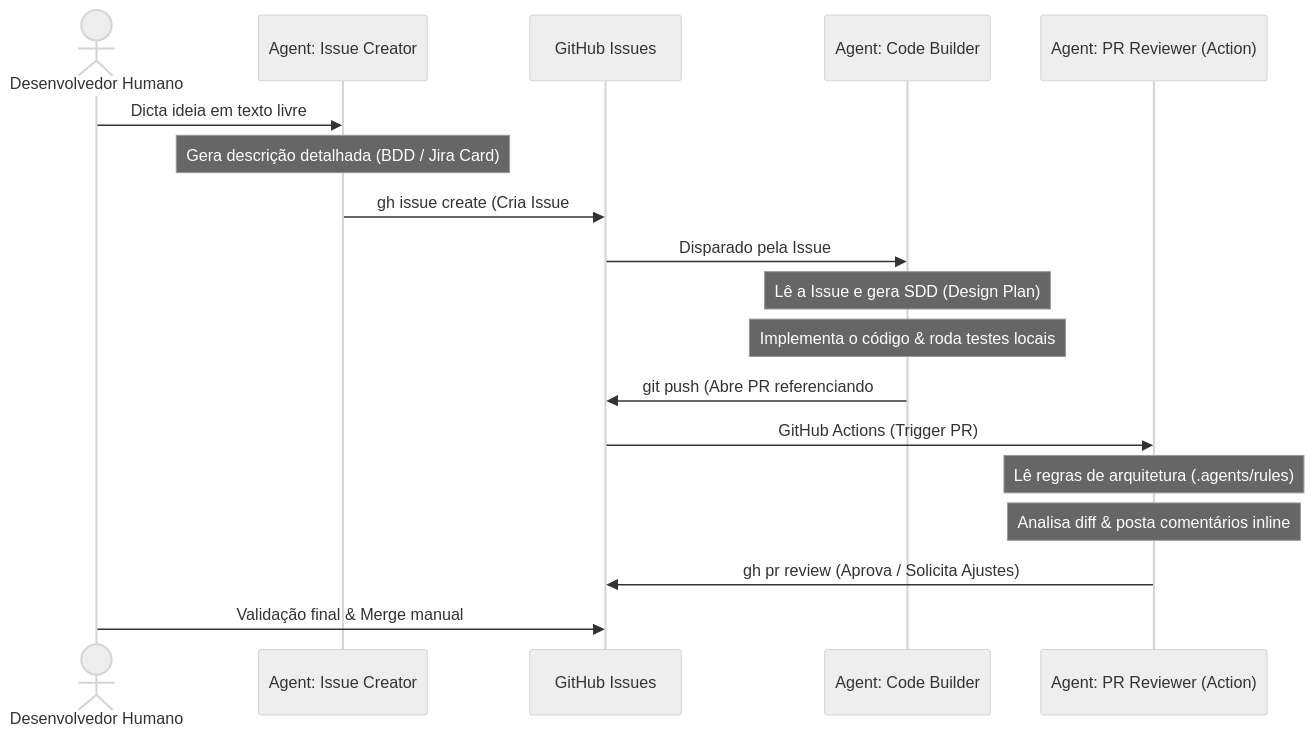
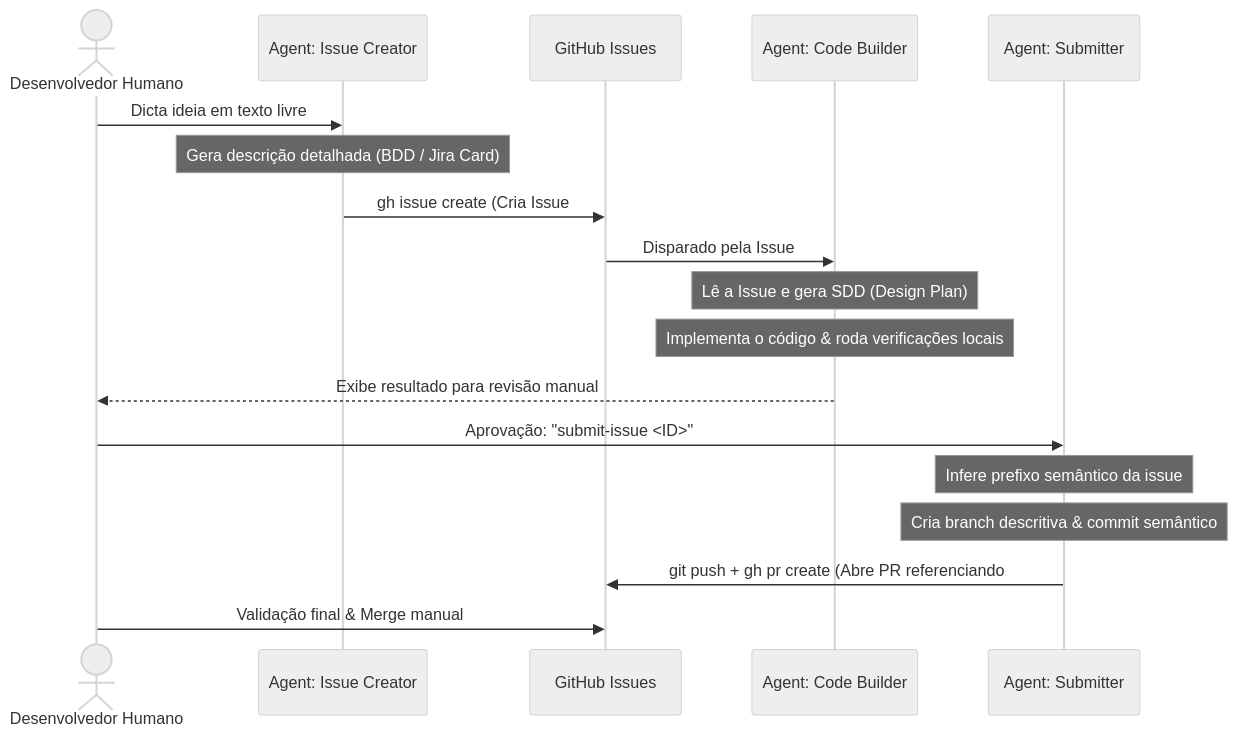
One commit to alexandresouva/ng-cookbook changed the diagram in docs/agentic-sdlc.md. Above: the diagram before and after it, drawn with Mermaid (neutral theme). The commit also changed other lines of this file and 3 other files, not shown here.

Commit message:
chore: remove automated PR reviewer bot and update docs to reflect manual review flow

````diff
--- a/docs/agentic-sdlc.md
+++ b/docs/agentic-sdlc.md
@@ -13,24 +13,24 @@
 ```mermaid
 sequenceDiagram
     actor Dev as Desenvolvedor Humano
     participant AgentIC as Agent: Issue Creator
     participant GH as GitHub Issues
     participant AgentImpl as Agent: Code Builder
-    participant AgentPR as Agent: PR Reviewer (Action)
-    
+    participant AgentSub as Agent: Submitter
+
     Dev->>AgentIC: Dicta ideia em texto livre
     Note over AgentIC: Gera descrição detalhada (BDD / Jira Card)
     AgentIC->>GH: gh issue create (Cria Issue #ID)
-    
+
     GH->>AgentImpl: Disparado pela Issue #ID
     Note over AgentImpl: Lê a Issue e gera SDD (Design Plan)
-    Note over AgentImpl: Implementa o código & roda testes locais
-    AgentImpl->>GH: git push (Abre PR referenciando #ID)
-    
-    GH->>AgentPR: GitHub Actions (Trigger PR)
-    Note over AgentPR: Lê regras de arquitetura (.agents/rules)
-    Note over AgentPR: Analisa diff & posta comentários inline
-    AgentPR->>GH: gh pr review (Aprova / Solicita Ajustes)
-    
+    Note over AgentImpl: Implementa o código & roda verificações locais
+    AgentImpl-->>Dev: Exibe resultado para revisão manual
+
+    Dev->>AgentSub: Aprovação: "submit-issue <ID>"
+    Note over AgentSub: Infere prefixo semântico da issue
+    Note over AgentSub: Cria branch descritiva & commit semântico
+    AgentSub->>GH: git push + gh pr create (Abre PR referenciando #ID)
+
     Dev->>GH: Validação final & Merge manual
 ```
````
